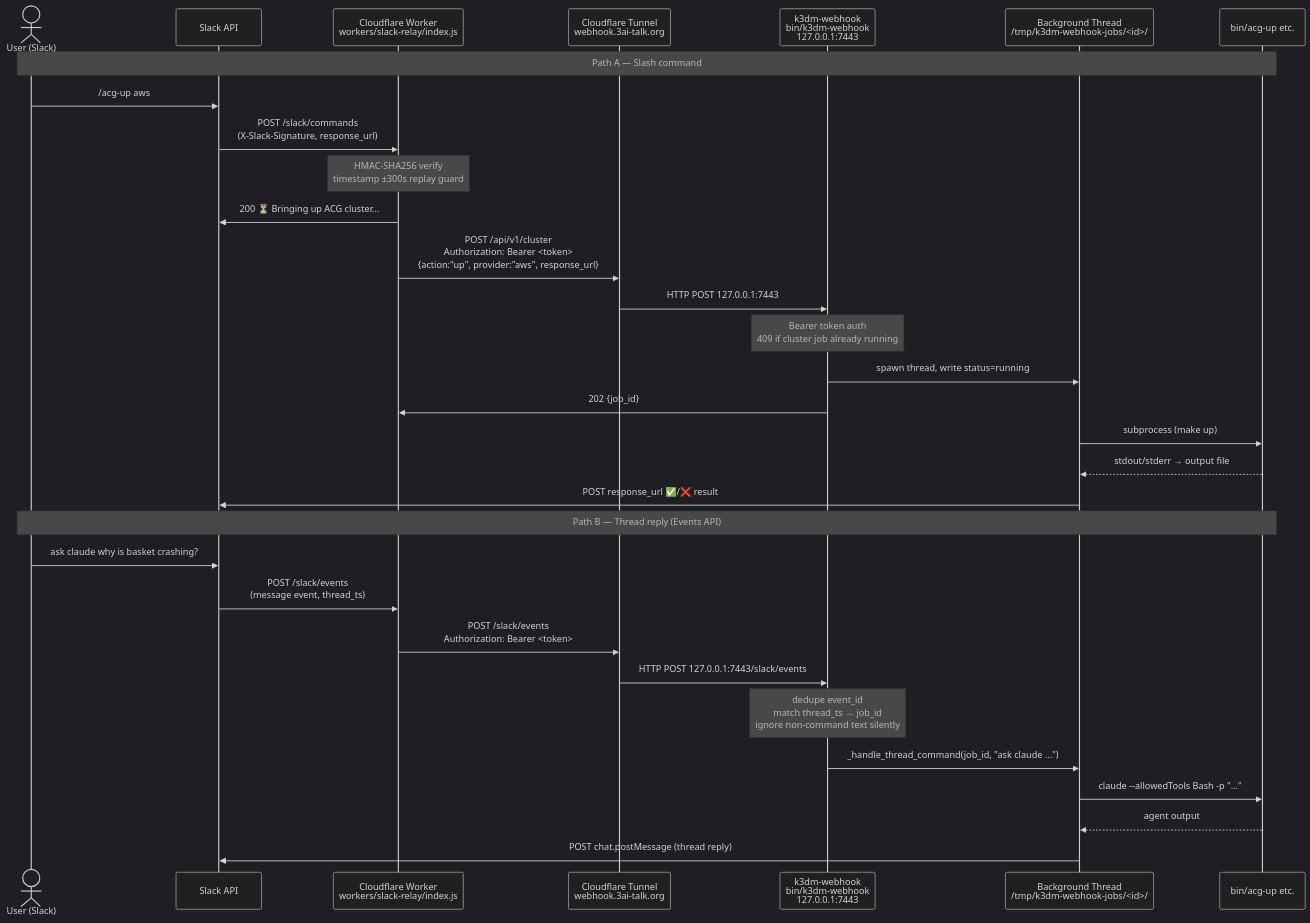
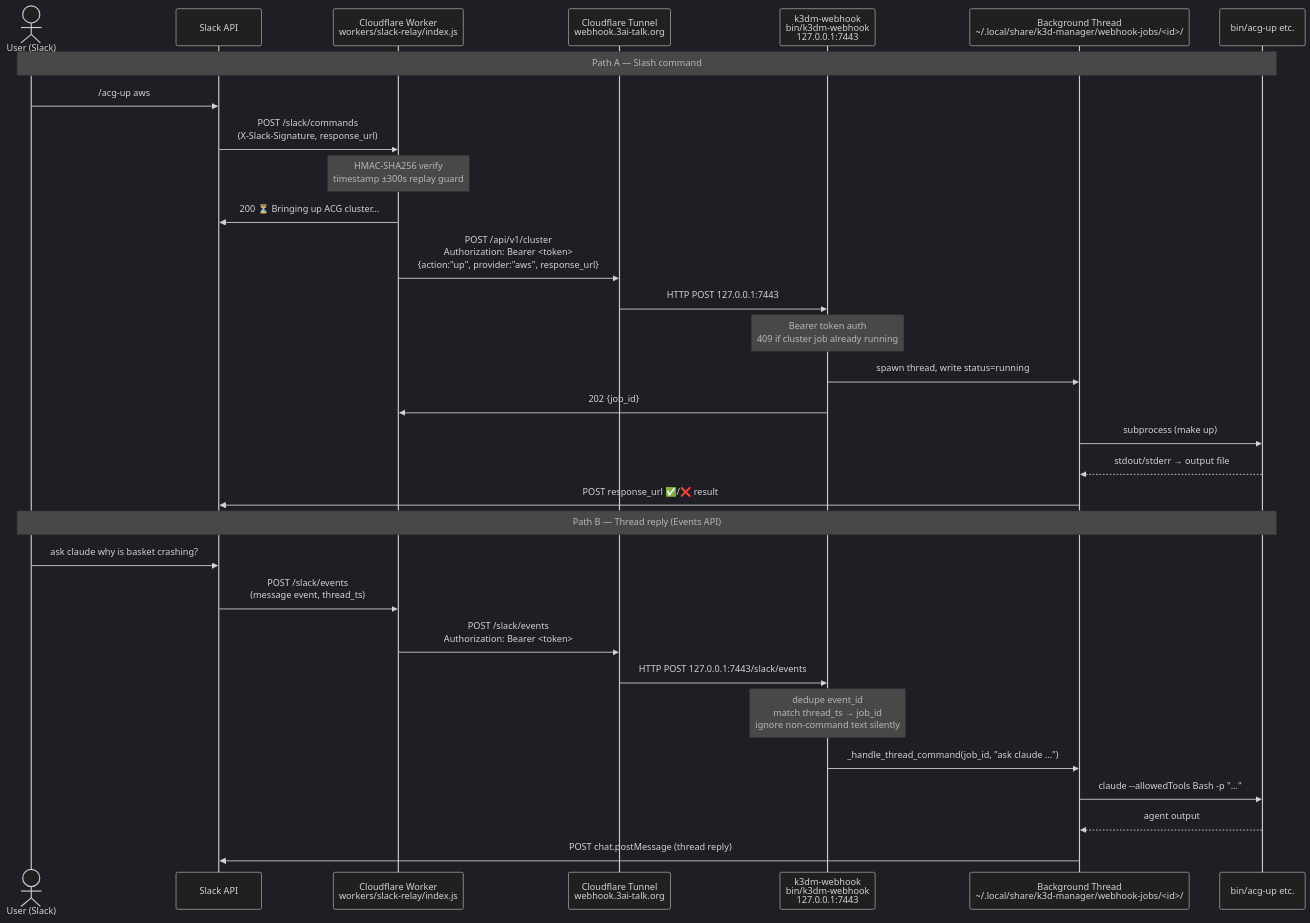
The second of 2 diagrams in docs/architecture/cloudflare-slack-relay.md (wilddog64/k3d-manager), drawn with Mermaid (dark theme) before and after one commit. The commit also changed other lines of this file and 2 other files, not shown here.

Commit message:
fix(webhook): move JOB_DIR to persistent state dir + 7-day stale job cleanup

````diff
--- a/docs/architecture/cloudflare-slack-relay.md
+++ b/docs/architecture/cloudflare-slack-relay.md
@@ -68,35 +68,35 @@
 ```mermaid
 sequenceDiagram
     actor User as User (Slack)
     participant Slack as Slack API
     participant Worker as Cloudflare Worker<br/>workers/slack-relay/index.js
     participant Tunnel as Cloudflare Tunnel<br/>webhook.3ai-talk.org
     participant WH as k3dm-webhook<br/>bin/k3dm-webhook<br/>127.0.0.1:7443
-    participant Job as Background Thread<br/>/tmp/k3dm-webhook-jobs/<id>/
+    participant Job as Background Thread<br/>~/.local/share/k3d-manager/webhook-jobs/<id>/
     participant Bin as bin/acg-up etc.
 
     note over User,Bin: Path A — Slash command
     User->>Slack: /acg-up aws
     Slack->>Worker: POST /slack/commands<br/>(X-Slack-Signature, response_url)
     Note over Worker: HMAC-SHA256 verify<br/>timestamp ±300s replay guard
     Worker->>Slack: 200 ⏳ Bringing up ACG cluster…
     Worker->>Tunnel: POST /api/v1/cluster<br/>Authorization: Bearer <token><br/>{action:"up", provider:"aws", response_url}
     Tunnel->>WH: HTTP POST 127.0.0.1:7443
     Note over WH: Bearer token auth<br/>409 if cluster job already running
     WH->>Job: spawn thread, write status=running
     WH->>Worker: 202 {job_id}
     Job->>Bin: subprocess (make up)
     Bin-->>Job: stdout/stderr → output file
     Job->>Slack: POST response_url ✅/❌ result
 
     note over User,Bin: Path B — Thread reply (Events API)
     User->>Slack: ask claude why is basket crashing?
     Slack->>Worker: POST /slack/events<br/>(message event, thread_ts)
     Worker->>Tunnel: POST /slack/events<br/>Authorization: Bearer <token>
     Tunnel->>WH: HTTP POST 127.0.0.1:7443/slack/events
     Note over WH: dedupe event_id<br/>match thread_ts → job_id<br/>ignore non-command text silently
     WH->>Job: _handle_thread_command(job_id, "ask claude ...")
     Job->>Bin: claude --allowedTools Bash -p "..."
     Bin-->>Job: agent output
     Job->>Slack: POST chat.postMessage (thread reply)
 ```
````
